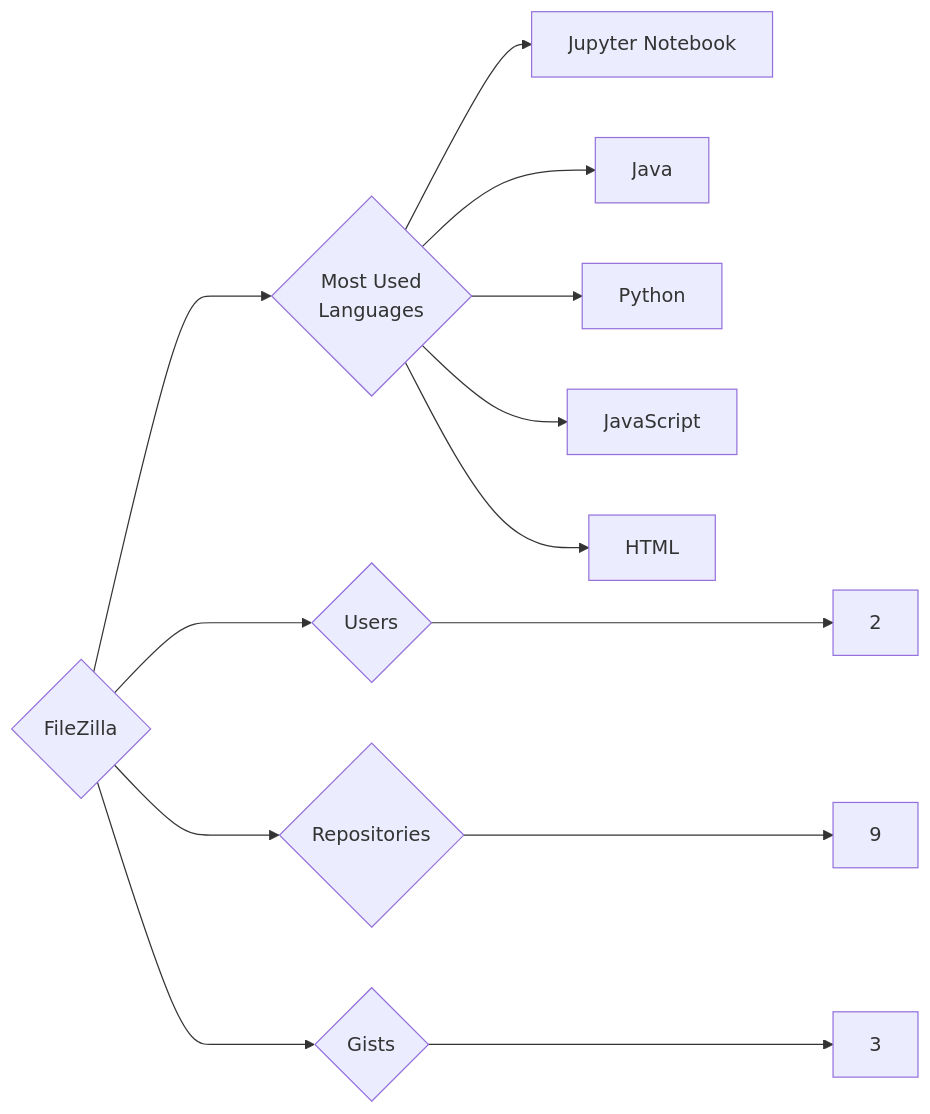
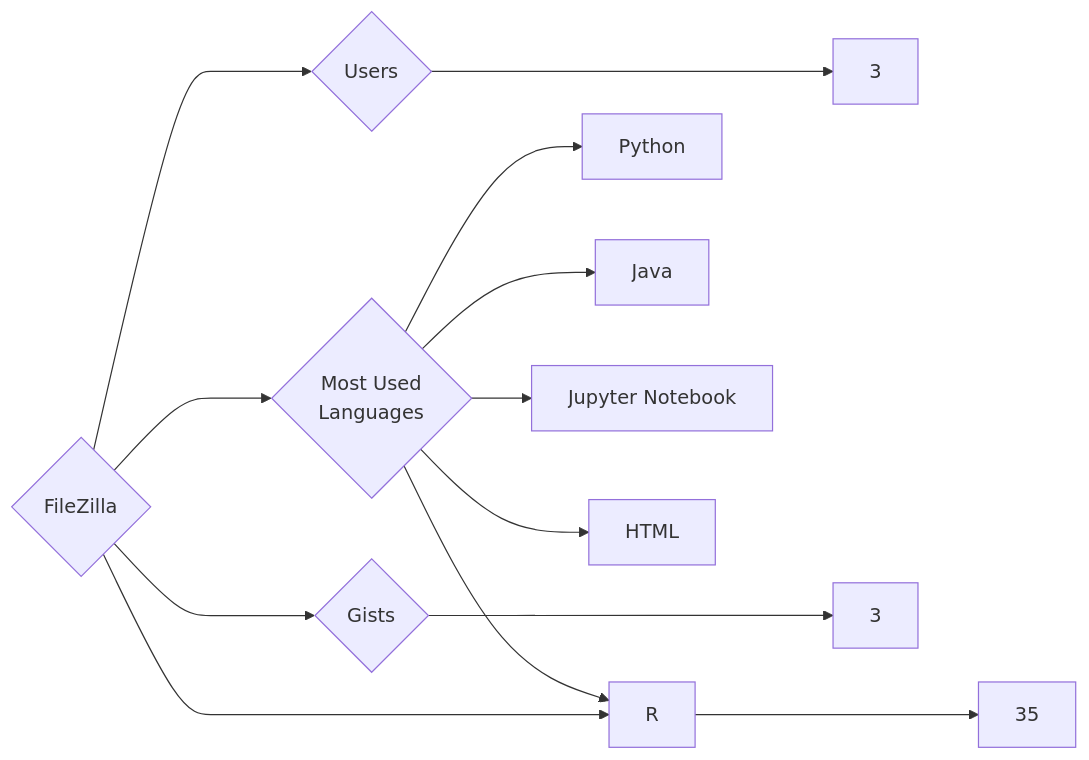
The diagram in targets/FileZilla/README.md (trickest/insiders), drawn with Mermaid before and after one commit. The commit also changed 815 other files, not shown here.

````diff
--- a/targets/FileZilla/README.md
+++ b/targets/FileZilla/README.md
@@ -3,13 +3,13 @@
 ```mermaid
 graph LR
 COMPANY_NAME{FileZilla}
-COMPANY_NAME ---> U{Users} ---> UN[2]
-COMPANY_NAME ---> R{Repositories} ---> RN[9]
+COMPANY_NAME ---> U{Users} ---> UN[3]
+COMPANY_NAME ---> R{Repositories} ---> RN[35]
 COMPANY_NAME ---> G{Gists} ---> GN[3]
 COMPANY_NAME ---> ML{Most Used<br>Languages}
+ML --> Python[Python]
+ML --> Java[Java]
+ML --> R[R]
 ML --> Jupyter_Notebook[Jupyter Notebook]
-ML --> Java[Java]
-ML --> Python[Python]
-ML --> JavaScript[JavaScript]
 ML --> HTML[HTML]
 ```
````
